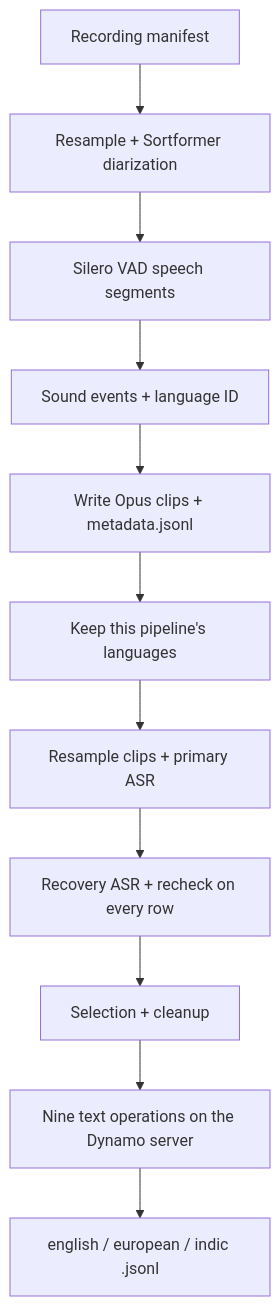
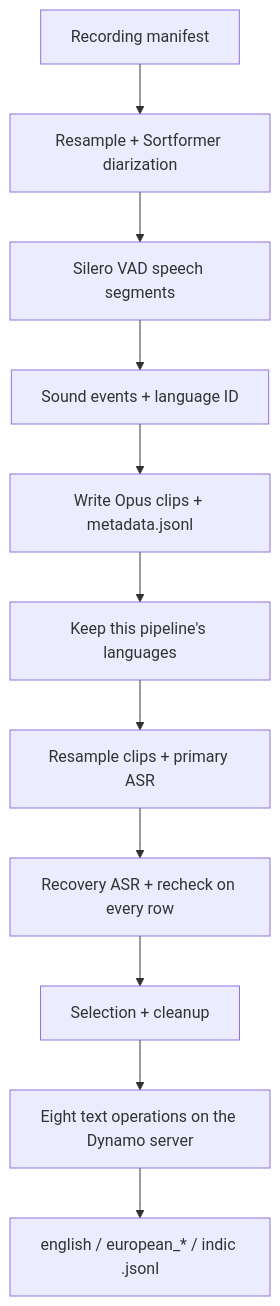
Before and after one commit to NVIDIA-NeMo/Curator: the diagram in tutorials/audio/granary_v2/full_pipeline/README.md, drawn with Mermaid. The commit also changed other lines of this file and 16 other files, not shown here.

````diff
--- a/tutorials/audio/granary_v2/full_pipeline/README.md
+++ b/tutorials/audio/granary_v2/full_pipeline/README.md
@@ -17,13 +20,13 @@
 ```mermaid
 flowchart TD
     A[Recording manifest] --> B[Resample + Sortformer diarization]
     B --> C[Silero VAD speech segments]
     C --> D[Sound events + language ID]
     D --> E[Write Opus clips + metadata.jsonl]
     E --> F[Keep this pipeline's languages]
     F --> G[Resample clips + primary ASR]
     G --> R[Recovery ASR + recheck on every row]
     R --> H[Selection + cleanup]
-    H --> I[Nine text operations on the Dynamo server]
-    I --> L[english / european / indic .jsonl]
+    H --> I[Eight text operations on the Dynamo server]
+    I --> L[english / european_* / indic .jsonl]
 ```
````
